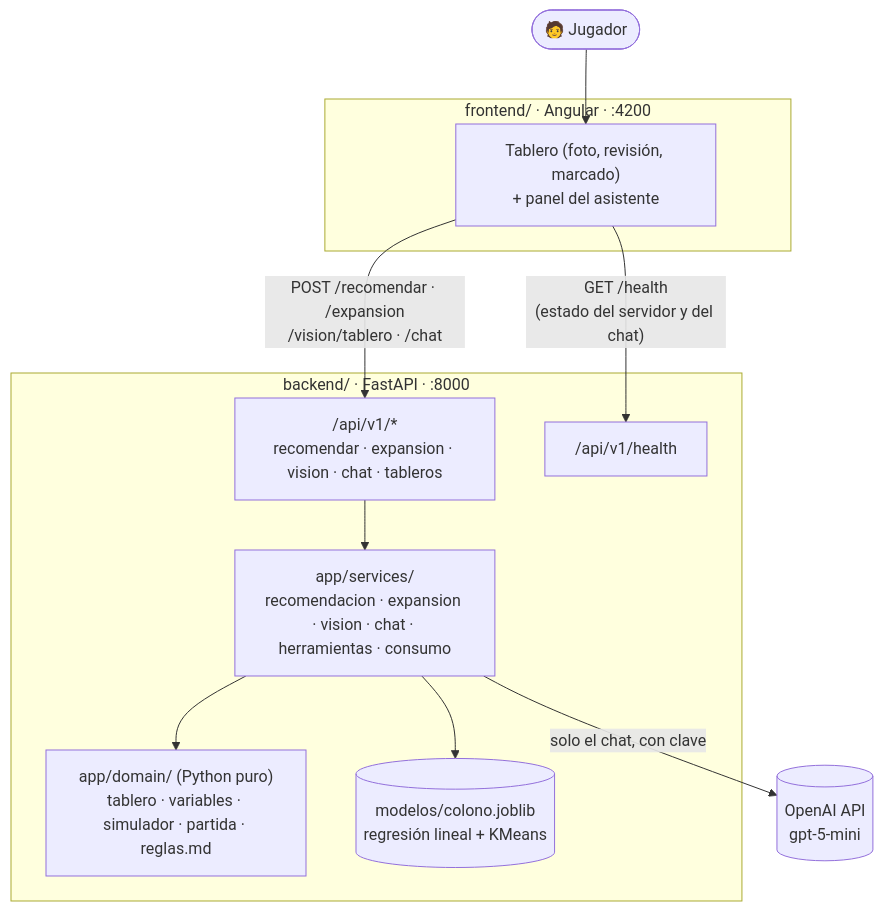
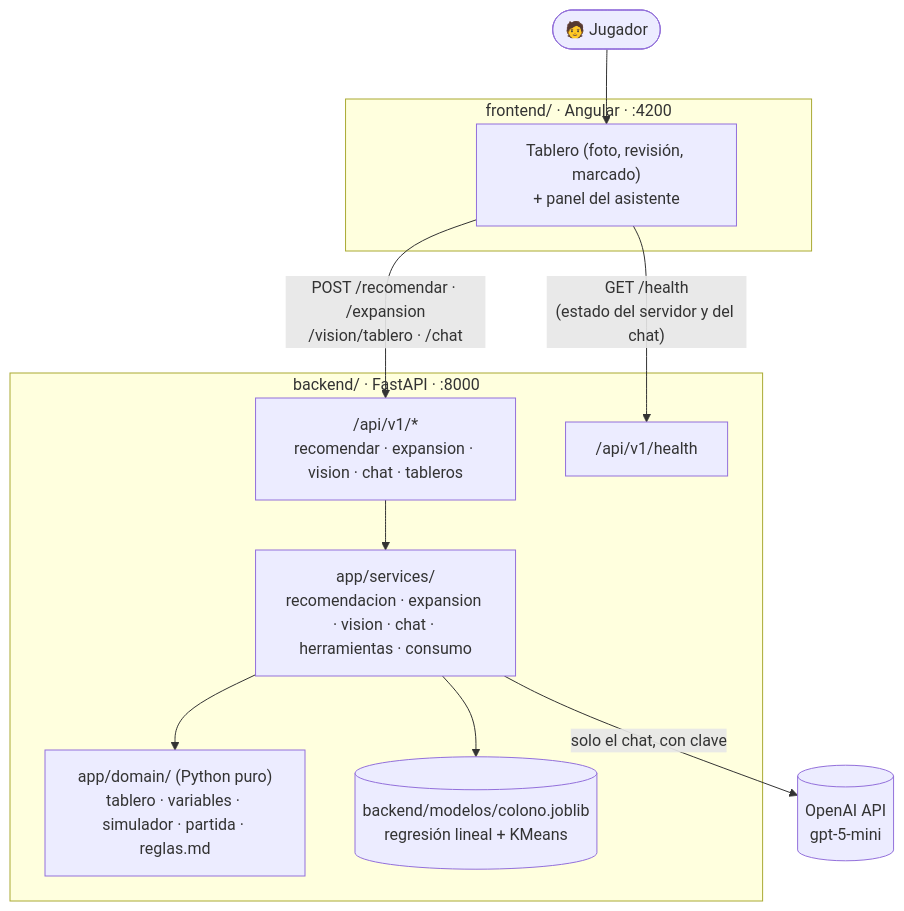
The first of 3 diagrams in README.md (AnaaBohorquez/catanai), drawn with Mermaid before and after one commit. The commit also changed other lines of this file and 16 other files, not shown here.

````diff
--- a/README.md
+++ b/README.md
@@ -26,26 +27,26 @@
 ```mermaid
 graph TD
     Usuario(["🧑 Jugador"])
 
     subgraph Frontend["frontend/ · Angular · :4200"]
         UI["Tablero (foto, revisión, marcado)<br/>+ panel del asistente"]
     end
 
     subgraph Backend["backend/ · FastAPI · :8000"]
         API["/api/v1/*<br/>recomendar · expansion · vision · chat · tableros"]
         Health["/api/v1/health"]
         Services["app/services/<br/>recomendacion · expansion · vision · chat · herramientas · consumo"]
         Domain["app/domain/ (Python puro)<br/>tablero · variables · simulador · partida · reglas.md"]
-        Modelo[("modelos/colono.joblib<br/>regresión lineal + KMeans")]
+        Modelo[("backend/modelos/colono.joblib<br/>regresión lineal + KMeans")]
     end
 
     OpenAI[("OpenAI API<br/>gpt-5-mini")]
 
     Usuario --> UI
     UI -->|"POST /recomendar · /expansion<br/>/vision/tablero · /chat"| API
     UI -->|"GET /health<br/>(estado del servidor y del chat)"| Health
     API --> Services
     Services --> Domain
     Services --> Modelo
     Services -->|"solo el chat, con clave"| OpenAI
 ```
````
